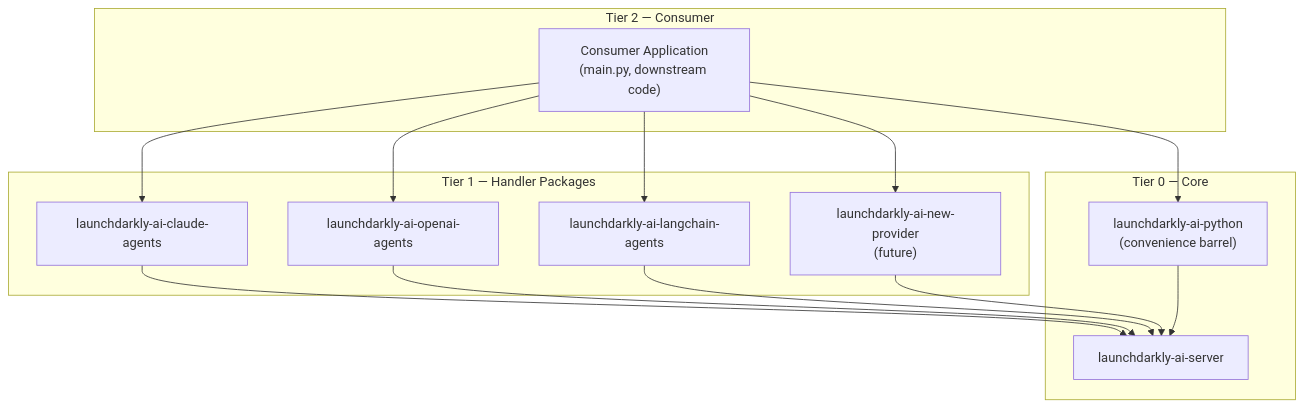
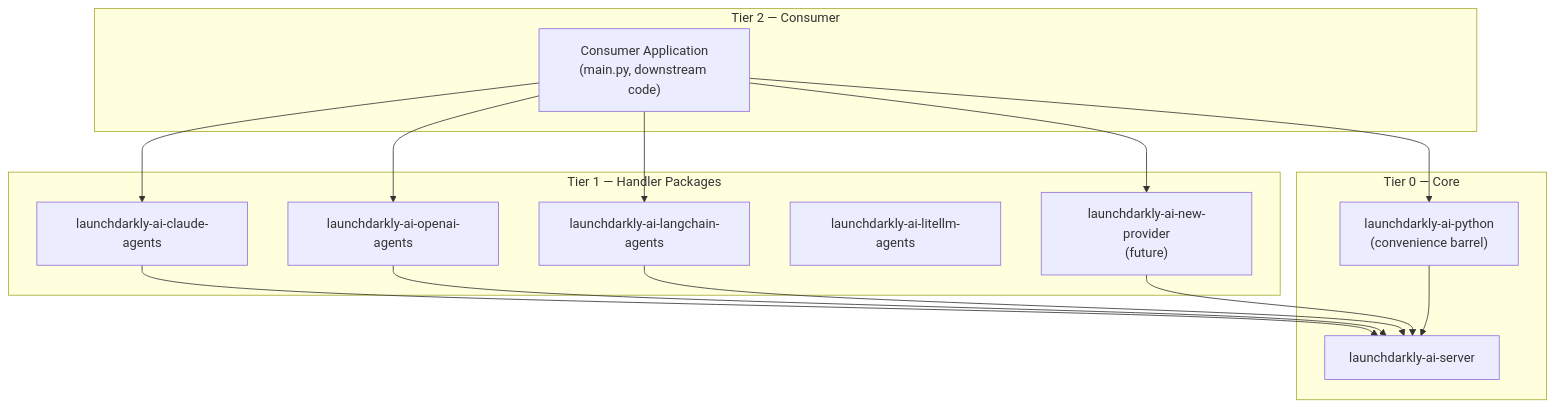
One commit to launchdarkly/python-ai-sdk changed the diagram in AGENTS.md. Above: the diagram before and after it, drawn with Mermaid. The commit also changed other lines of this file and 23 other files, not shown here.

````diff
--- a/AGENTS.md
+++ b/AGENTS.md
@@ -81,27 +81,28 @@
 ```mermaid
 graph TD
  subgraph tier2 ["Tier 2 — Consumer"]
   app["Consumer Application\n(main.py, downstream code)"]
  end
  subgraph tier1 ["Tier 1 — Handler Packages"]
   claude["launchdarkly-ai-claude-agents"]
   openai["launchdarkly-ai-openai-agents"]
   langchain["launchdarkly-ai-langchain-agents"]
+ litellm["launchdarkly-ai-litellm-agents"]
   newHandler["launchdarkly-ai-new-provider\n(future)"]
  end
  subgraph tier0 ["Tier 0 — Core"]
   ai["launchdarkly-ai-python\n(convenience barrel)"]
   client["launchdarkly-ai-server"]
  end
 
  app --> claude
  app --> openai
  app --> langchain
  app --> newHandler
  app --> ai
  claude --> client
  openai --> client
  langchain --> client
  newHandler --> client
  ai --> client
 ```
````
